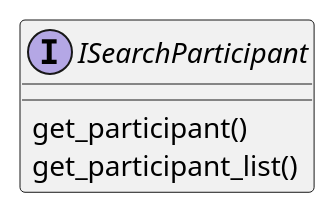
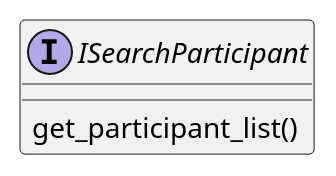
Before and after one commit to bugagashen6ka/quark: diagram 12 of 14 in doc/notes_interfaces.org, drawn with PlantUML. The commit also changed other lines of this file and 4 other files, not shown here.

```diff
--- a/doc/notes_interfaces.org
+++ b/doc/notes_interfaces.org
@@ -90,6 +99,5 @@
   #+begin_src plantuml :file ./isearch_participant.png
   interface ISearchParticipant {
-    get_participant()
     get_participant_list()
   }
   #+end_src
```
